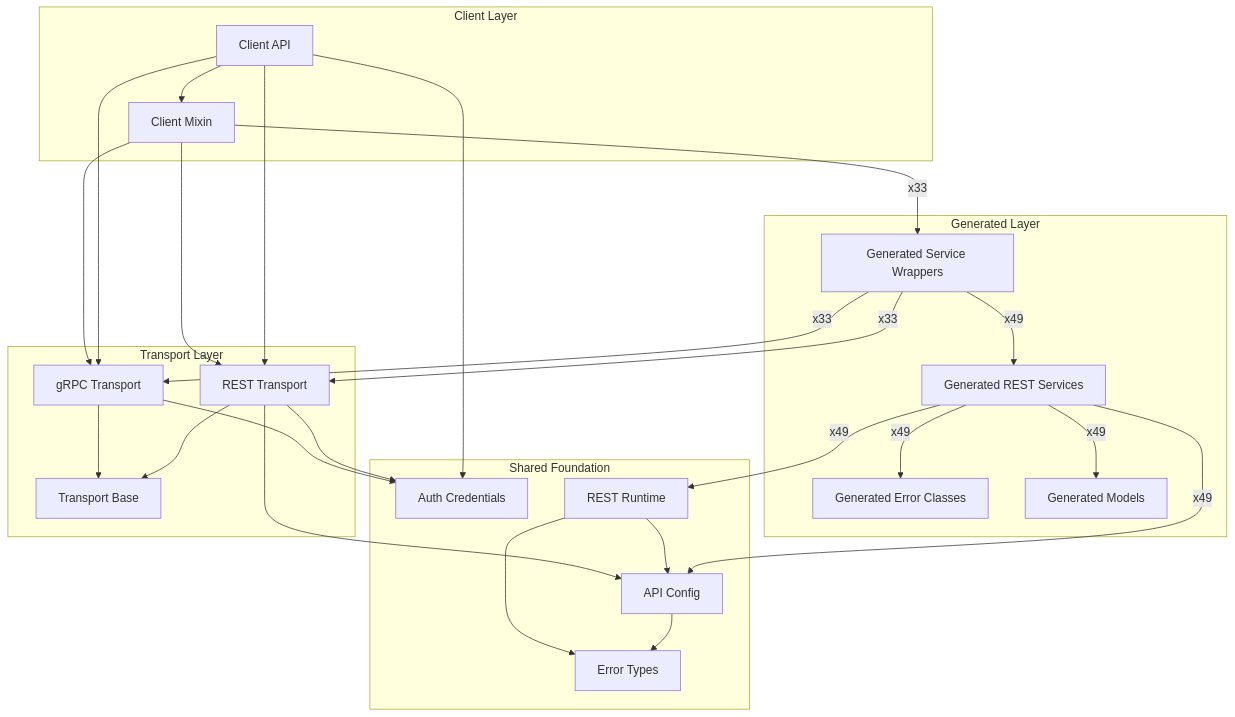
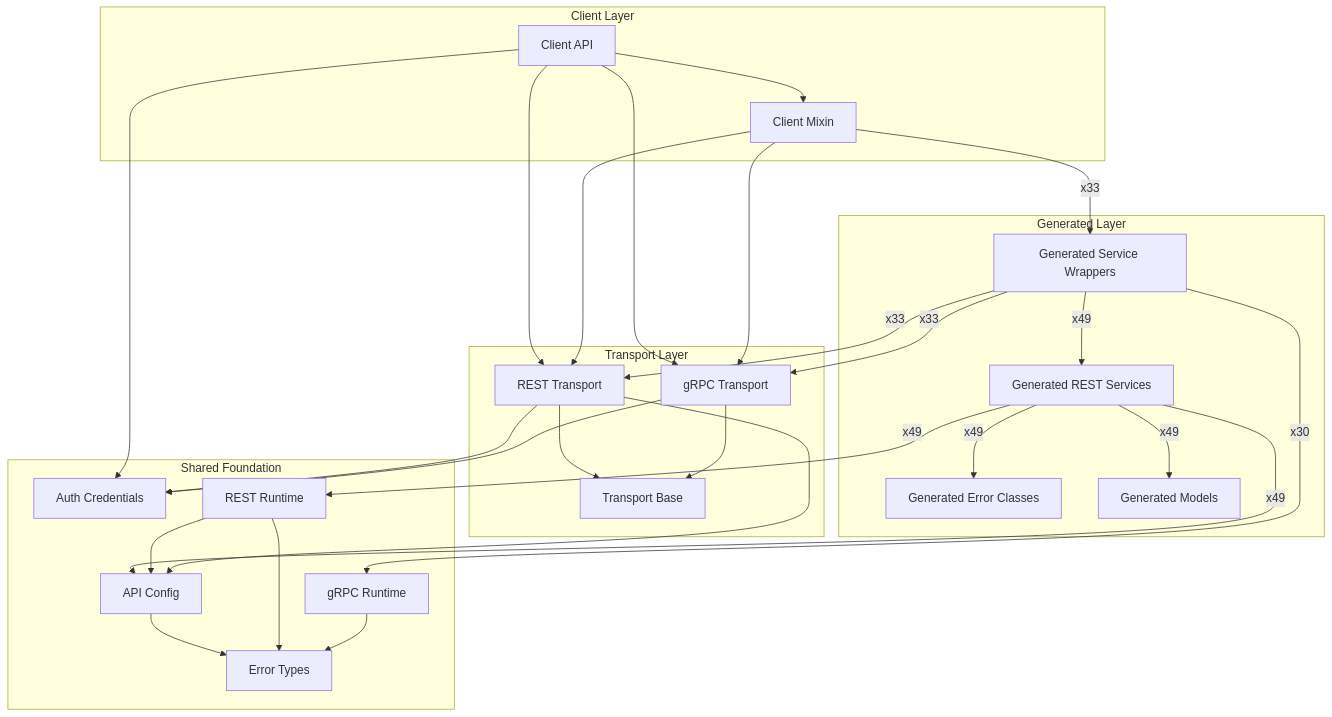
The diagram in docs/sphinx/sdk_runtime_architecture.md (alexdearaujo/community_sdk_python), drawn with Mermaid before and after one commit. The commit also changed other lines of this file and 22 other files, not shown here.

````diff
--- a/docs/sphinx/sdk_runtime_architecture.md
+++ b/docs/sphinx/sdk_runtime_architecture.md
@@ -20,47 +22,50 @@
 ```mermaid
 flowchart TB
     subgraph client["Client Layer"]
         Client_API["Client API"]
         Client_Mixin["Client Mixin"]
     end
     subgraph generated["Generated Layer"]
         Generated_Error_Classes["Generated Error Classes"]
         Generated_Models["Generated Models"]
         Generated_REST_Services["Generated REST Services"]
         Generated_Service_Wrappers["Generated Service Wrappers"]
     end
     subgraph transport["Transport Layer"]
         REST_Transport["REST Transport"]
         Transport_Base["Transport Base"]
         gRPC_Transport["gRPC Transport"]
     end
     subgraph foundation["Shared Foundation"]
         API_Config["API Config"]
         Auth_Credentials["Auth Credentials"]
         Error_Types["Error Types"]
         REST_Runtime["REST Runtime"]
+        gRPC_Runtime["gRPC Runtime"]
     end
 
     API_Config --> Error_Types
     Client_API --> Auth_Credentials
     Client_API --> Client_Mixin
     Client_API --> REST_Transport
     Client_API --> gRPC_Transport
     Client_Mixin -->|"x33"| Generated_Service_Wrappers
     Client_Mixin --> REST_Transport
     Client_Mixin --> gRPC_Transport
     Generated_REST_Services -->|"x49"| API_Config
     Generated_REST_Services -->|"x49"| Generated_Error_Classes
     Generated_REST_Services -->|"x49"| Generated_Models
     Generated_REST_Services -->|"x49"| REST_Runtime
     Generated_Service_Wrappers -->|"x49"| Generated_REST_Services
     Generated_Service_Wrappers -->|"x33"| REST_Transport
+    Generated_Service_Wrappers -->|"x30"| gRPC_Runtime
     Generated_Service_Wrappers -->|"x33"| gRPC_Transport
     REST_Runtime --> API_Config
     REST_Runtime --> Error_Types
     REST_Transport --> API_Config
     REST_Transport --> Auth_Credentials
     REST_Transport --> Transport_Base
+    gRPC_Runtime --> Error_Types
     gRPC_Transport --> Auth_Credentials
     gRPC_Transport --> Transport_Base
 ```
````
